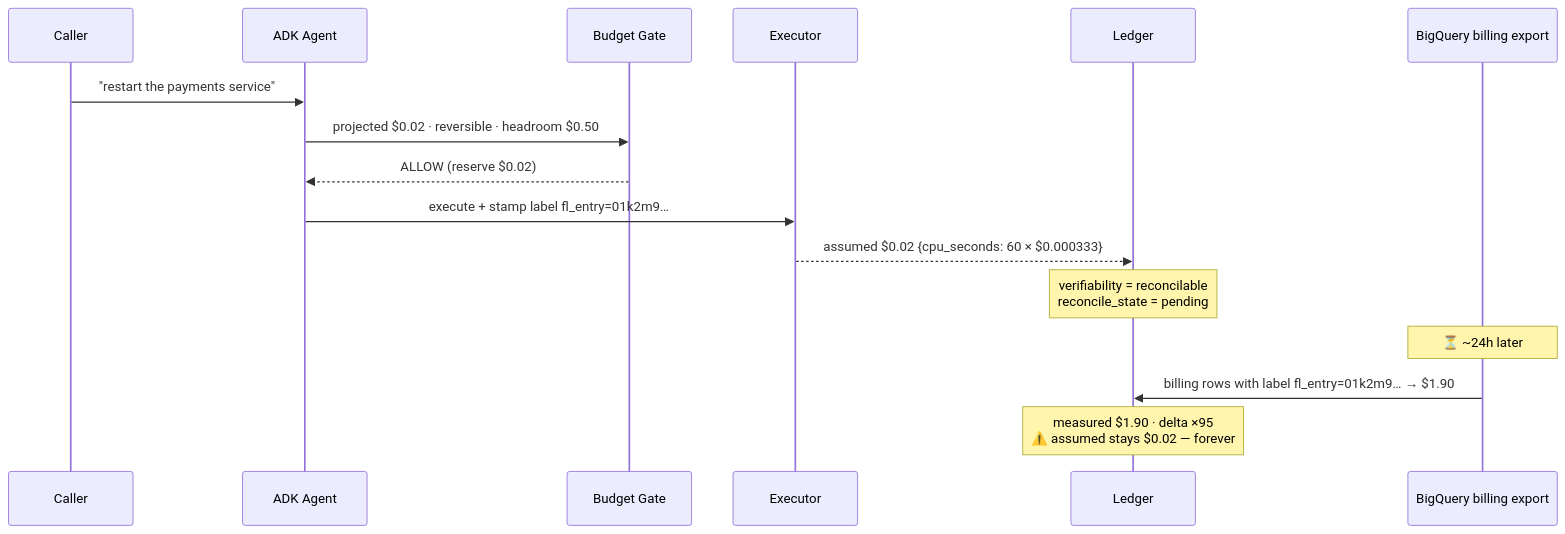
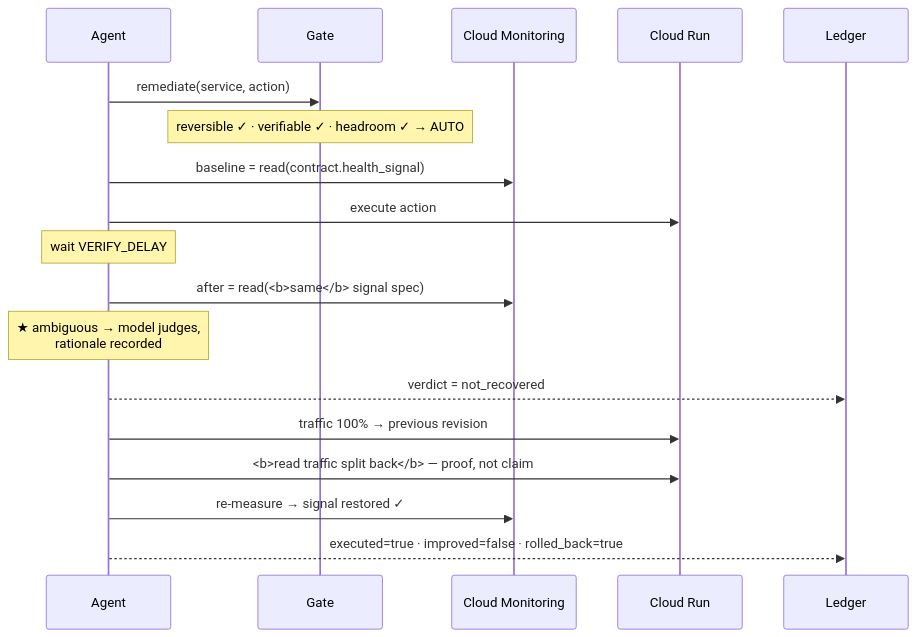
Before and after one commit to men16922/warranty-agent: the second of 4 diagrams in docs/OVERVIEW.md, drawn with Mermaid. The commit also changed other lines of this file and 46 other files, not shown here.

First line of the commit message:
spec!: GCP 올인 재정의 — fleet-ledger → warranty (gate 30)

````diff
--- a/docs/OVERVIEW.md
+++ b/docs/OVERVIEW.md
@@ -78,20 +89,21 @@
 ```mermaid
 sequenceDiagram
-    participant U as Caller
-    participant A as ADK Agent
-    participant G as Budget Gate
-    participant X as Executor
+    participant A as Agent
+    participant G as Gate
+    participant M as Cloud Monitoring
+    participant R as Cloud Run
     participant L as Ledger
-    participant B as BigQuery billing export
 
-    U->>A: "restart the payments service"
-    A->>G: projected $0.02 · reversible · headroom $0.50
-    G-->>A: ALLOW (reserve $0.02)
-    A->>X: execute + stamp label fl_entry=01k2m9…
-    X-->>L: assumed $0.02 {cpu_seconds: 60 × $0.000333}
-    Note over L: verifiability = reconcilable<br/>reconcile_state = pending
-
-    Note over B: ⏳ ~24h later
-    B->>L: billing rows with label fl_entry=01k2m9… → $1.90
-    Note over L: measured $1.90 · delta ×95<br/>⚠️ assumed stays $0.02 — forever
+    A->>G: remediate(service, action)
+    Note over G: reversible ✓ · verifiable ✓ · headroom ✓ → AUTO
+    A->>M: baseline = read(contract.health_signal)
+    A->>R: execute action
+    Note over A: wait VERIFY_DELAY
+    A->>M: after = read(<b>same</b> signal spec)
+    Note over A: ★ ambiguous → model judges,<br/>rationale recorded
+    A-->>L: verdict = not_recovered
+    A->>R: traffic 100% → previous revision
+    A->>R: <b>read traffic split back</b> — proof, not claim
+    A->>M: re-measure → signal restored ✓
+    A-->>L: executed=true · improved=false · rolled_back=true
 ```
````
